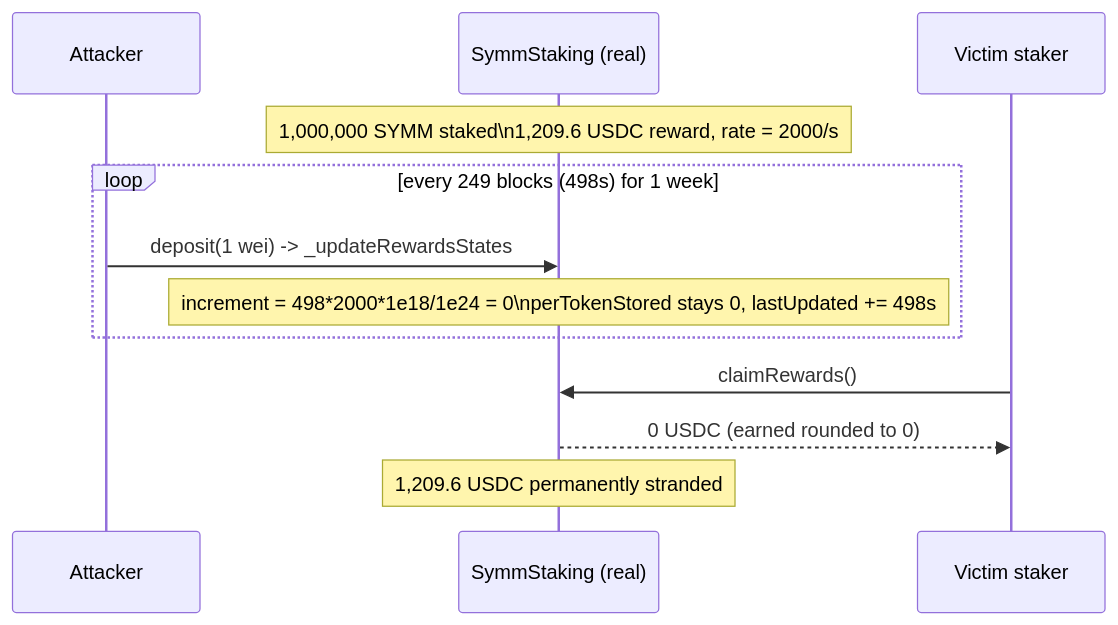
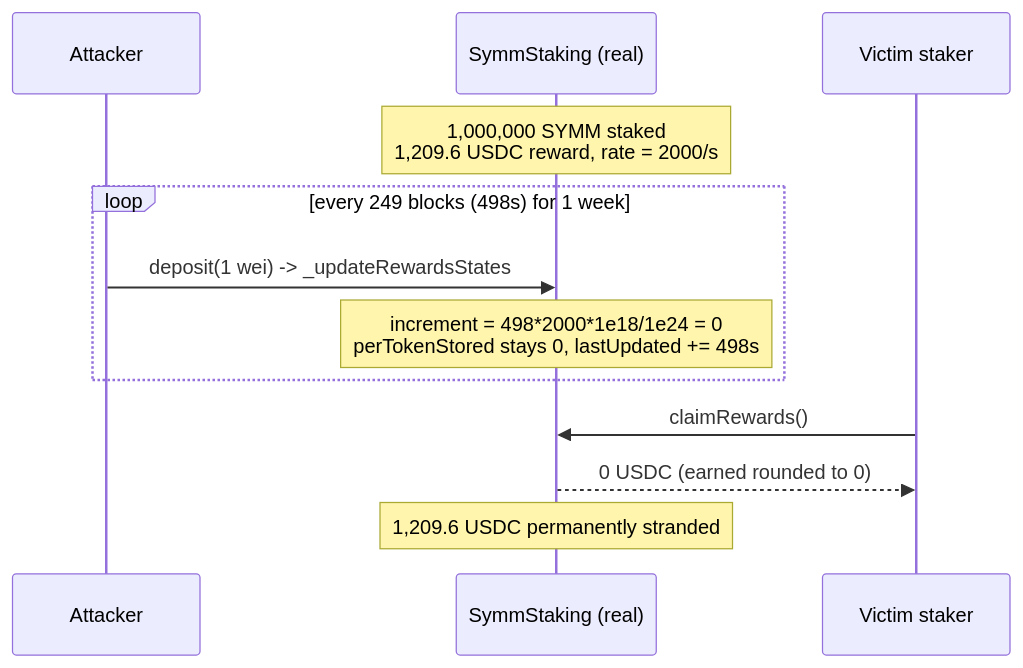
The diagram in 55104-h-1-usdc-rewards-will-not-be-distributed-if-updaterewardsst_exp/55104-h-1-usdc-rewards-will-not-be-distributed-if-updaterewardsst_exp.md (sanbir/evm-hack-registry), drawn with Mermaid before and after one commit. The commit also changed 23 other files, not shown here.

````diff
--- a/55104-h-1-usdc-rewards-will-not-be-distributed-if-updaterewardsst_exp/55104-h-1-usdc-rewards-will-not-be-distributed-if-updaterewardsst_exp.md
+++ b/55104-h-1-usdc-rewards-will-not-be-distributed-if-updaterewardsst_exp/55104-h-1-usdc-rewards-will-not-be-distributed-if-updaterewardsst_exp.md
@@ -47,14 +47,14 @@
 ```mermaid
 sequenceDiagram
     participant A as Attacker
     participant S as SymmStaking (real)
     participant V as Victim staker
-    Note over S: 1,000,000 SYMM staked\n1,209.6 USDC reward, rate = 2000/s
+    Note over S: 1,000,000 SYMM staked<br/>1,209.6 USDC reward, rate = 2000/s
     loop every 249 blocks (498s) for 1 week
         A->>S: deposit(1 wei) -> _updateRewardsStates
-        Note over S: increment = 498*2000*1e18/1e24 = 0\nperTokenStored stays 0, lastUpdated += 498s
+        Note over S: increment = 498*2000*1e18/1e24 = 0<br/>perTokenStored stays 0, lastUpdated += 498s
     end
     V->>S: claimRewards()
     S-->>V: 0 USDC (earned rounded to 0)
     Note over S: 1,209.6 USDC permanently stranded
 ```
````
